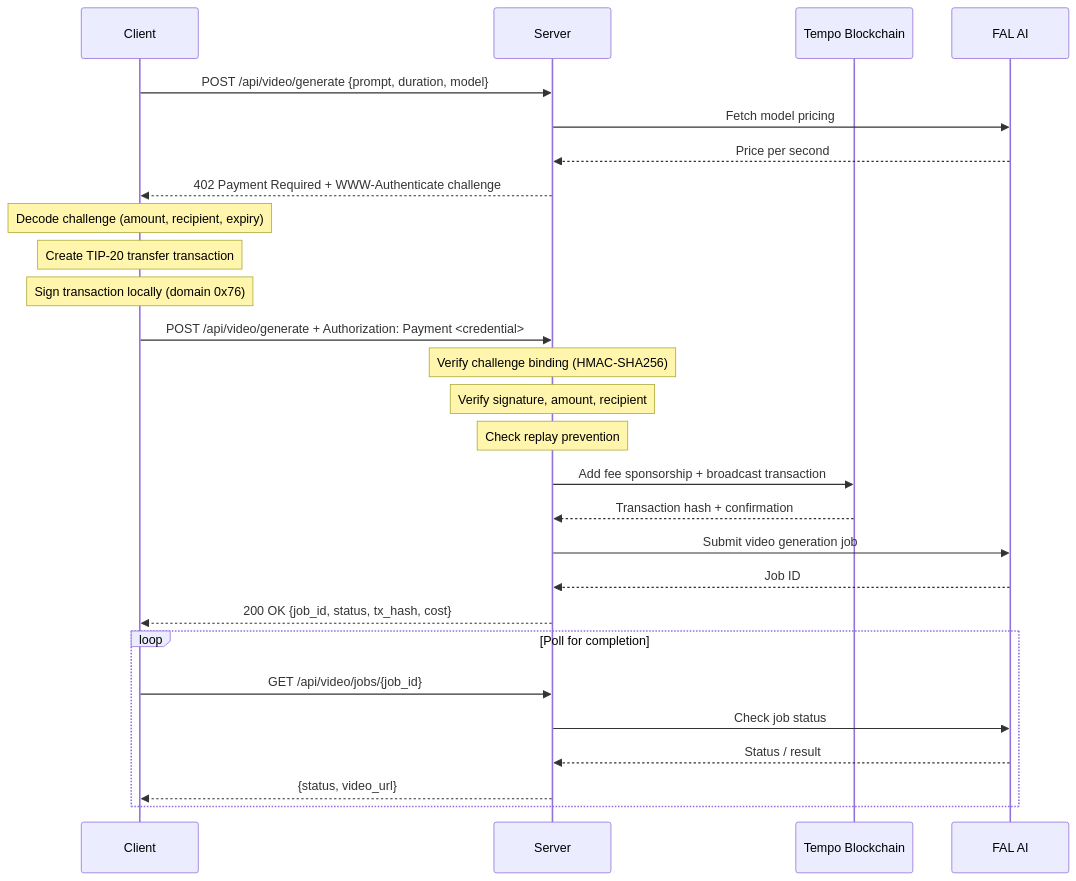
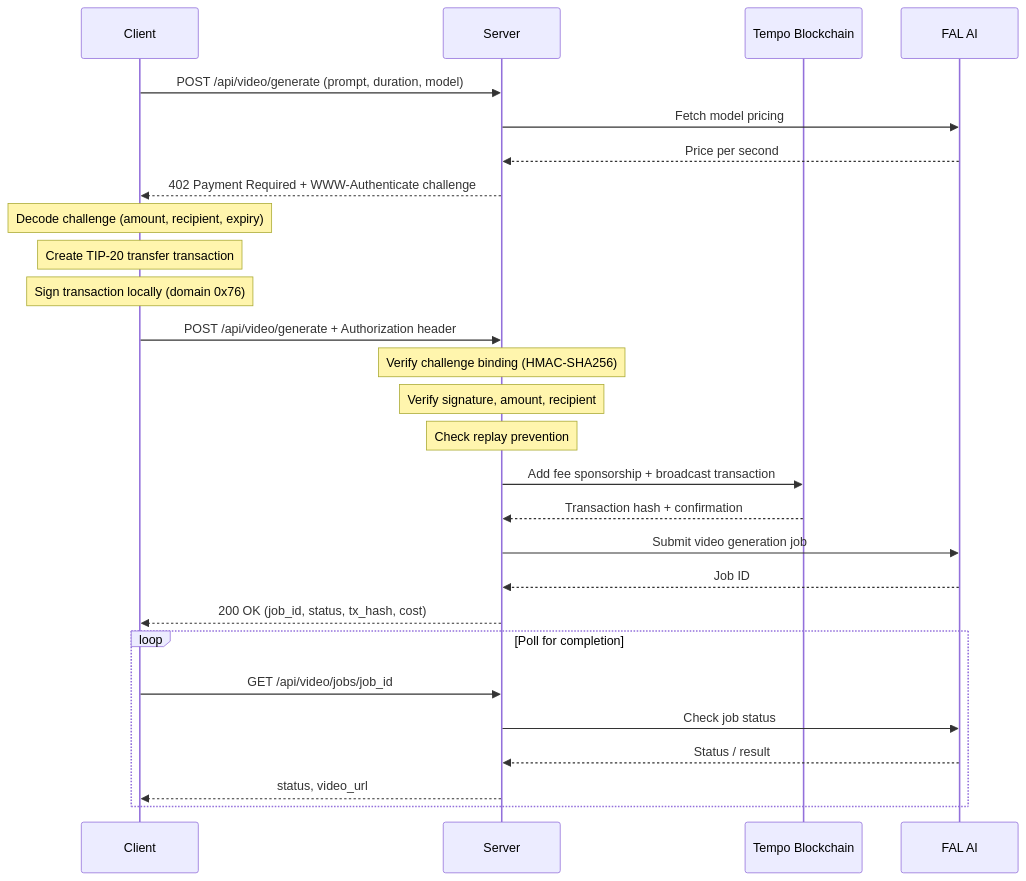
Before and after one commit to lucas-walsh/video-gen-mpp: the diagram in README.md, drawn with Mermaid.

Commit message:
Fix mermaid diagram rendering on GitHub
Replace curly braces and angle brackets in sequence diagram labels
that GitHub's mermaid renderer cannot handle.

````diff
--- a/README.md
+++ b/README.md
@@ -17,37 +17,37 @@
 ```mermaid
 sequenceDiagram
     participant Client
     participant Server
     participant Tempo as Tempo Blockchain
     participant FAL as FAL AI
 
-    Client->>Server: POST /api/video/generate {prompt, duration, model}
+    Client->>Server: POST /api/video/generate (prompt, duration, model)
     Server->>FAL: Fetch model pricing
     FAL-->>Server: Price per second
     Server-->>Client: 402 Payment Required + WWW-Authenticate challenge
 
     Note over Client: Decode challenge (amount, recipient, expiry)
     Note over Client: Create TIP-20 transfer transaction
     Note over Client: Sign transaction locally (domain 0x76)
 
-    Client->>Server: POST /api/video/generate + Authorization: Payment <credential>
+    Client->>Server: POST /api/video/generate + Authorization header
 
     Note over Server: Verify challenge binding (HMAC-SHA256)
     Note over Server: Verify signature, amount, recipient
     Note over Server: Check replay prevention
 
     Server->>Tempo: Add fee sponsorship + broadcast transaction
     Tempo-->>Server: Transaction hash + confirmation
 
     Server->>FAL: Submit video generation job
     FAL-->>Server: Job ID
 
-    Server-->>Client: 200 OK {job_id, status, tx_hash, cost}
+    Server-->>Client: 200 OK (job_id, status, tx_hash, cost)
 
     loop Poll for completion
-        Client->>Server: GET /api/video/jobs/{job_id}
+        Client->>Server: GET /api/video/jobs/job_id
         Server->>FAL: Check job status
         FAL-->>Server: Status / result
-        Server-->>Client: {status, video_url}
+        Server-->>Client: status, video_url
     end
 ```
````
